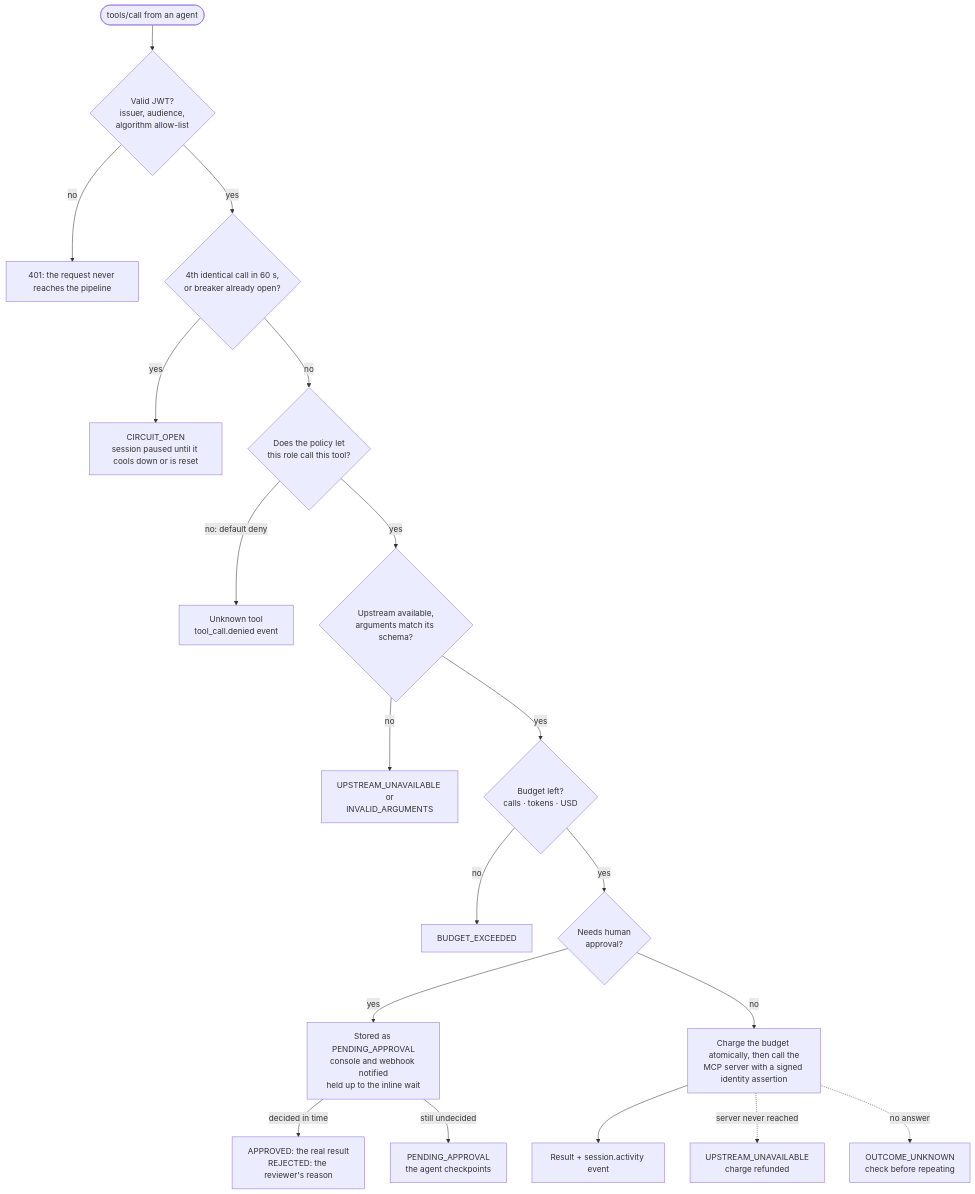
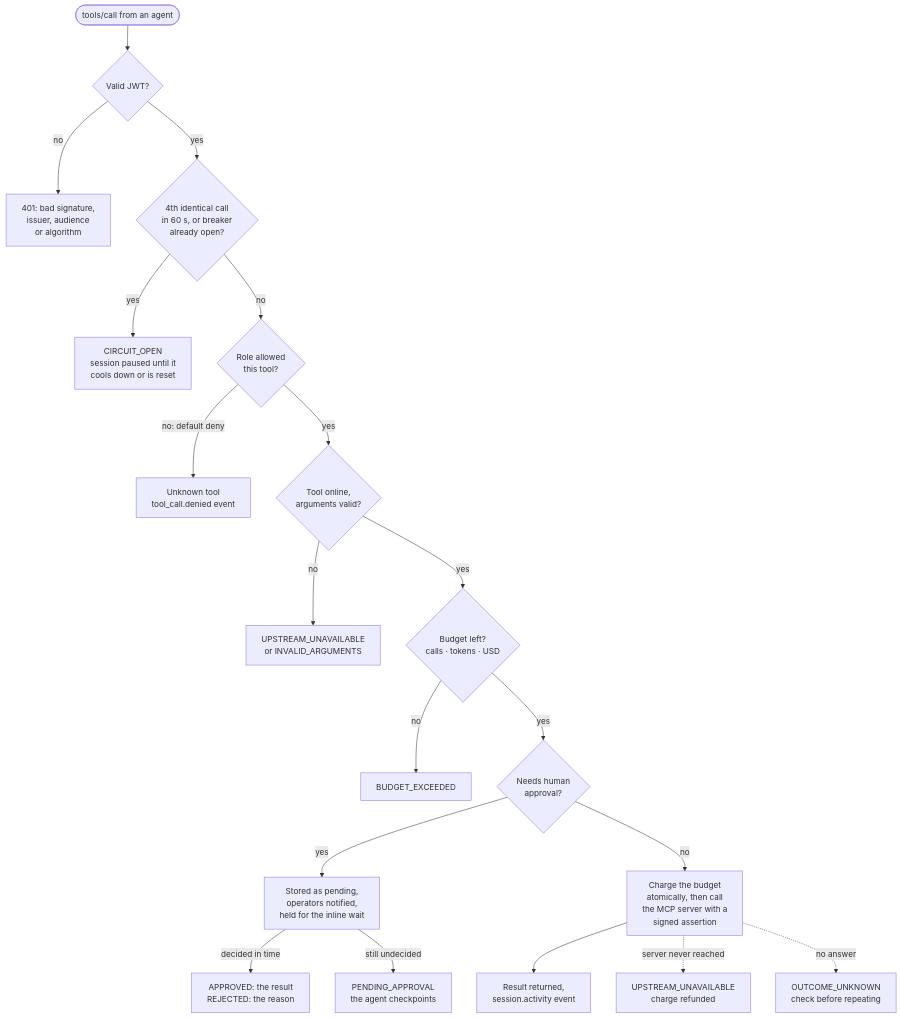
Before and after one commit to lovable-solution/mcp-enterprise-gateway: the second of 6 diagrams in README.md, drawn with Mermaid. The commit also changed other lines of this file, not shown here.

First line of the commit message:
docs: fix Mermaid diagram layouts in README

````diff
--- a/README.md
+++ b/README.md
@@ -73,21 +73,21 @@
 ```mermaid
 flowchart TD
-  req(["tools/call from an agent"]) --> authn{"Valid JWT?<br/>issuer, audience,<br/>algorithm allow-list"}
-  authn -->|"no"| unauthorised["401: the request never reaches the pipeline"]
-  authn -->|"yes"| loop{"4th identical call in 60 s,<br/>or breaker already open?"}
-  loop -->|"yes"| open["CIRCUIT_OPEN<br/>session paused until it cools down or is reset"]
-  loop -->|"no"| rbac{"Does the policy let<br/>this role call this tool?"}
+  req(["tools/call from an agent"]) --> authn{"Valid JWT?"}
+  authn -->|"no"| unauthorised["401: bad signature,<br/>issuer, audience<br/>or algorithm"]
+  authn -->|"yes"| loop{"4th identical call<br/>in 60 s, or breaker<br/>already open?"}
+  loop -->|"yes"| open["CIRCUIT_OPEN<br/>session paused until it<br/>cools down or is reset"]
+  loop -->|"no"| rbac{"Role allowed<br/>this tool?"}
   rbac -->|"no: default deny"| denied["Unknown tool<br/>tool_call.denied event"]
-  rbac -->|"yes"| args{"Upstream available,<br/>arguments match its schema?"}
-  args -->|"no"| invalid["UPSTREAM_UNAVAILABLE or<br/>INVALID_ARGUMENTS"]
+  rbac -->|"yes"| args{"Tool online,<br/>arguments valid?"}
+  args -->|"no"| invalid["UPSTREAM_UNAVAILABLE<br/>or INVALID_ARGUMENTS"]
   args -->|"yes"| budget{"Budget left?<br/>calls · tokens · USD"}
   budget -->|"no"| exhausted["BUDGET_EXCEEDED"]
   budget -->|"yes"| gate{"Needs human<br/>approval?"}
-  gate -->|"yes"| held["Stored as PENDING_APPROVAL<br/>console and webhook notified<br/>held up to the inline wait"]
-  held -->|"decided in time"| decided["APPROVED: the real result<br/>REJECTED: the reviewer's reason"]
+  gate -->|"yes"| held["Stored as pending,<br/>operators notified,<br/>held for the inline wait"]
+  held -->|"decided in time"| decided["APPROVED: the result<br/>REJECTED: the reason"]
   held -->|"still undecided"| pending["PENDING_APPROVAL<br/>the agent checkpoints"]
-  gate -->|"no"| forward["Charge the budget atomically, then call the<br/>MCP server with a signed identity assertion"]
-  forward --> result["Result + session.activity event"]
+  gate -->|"no"| forward["Charge the budget<br/>atomically, then call<br/>the MCP server with a<br/>signed assertion"]
+  forward --> result["Result returned,<br/>session.activity event"]
   forward -.->|"server never reached"| refunded["UPSTREAM_UNAVAILABLE<br/>charge refunded"]
   forward -.->|"no answer"| unknown["OUTCOME_UNKNOWN<br/>check before repeating"]
 ```
````
